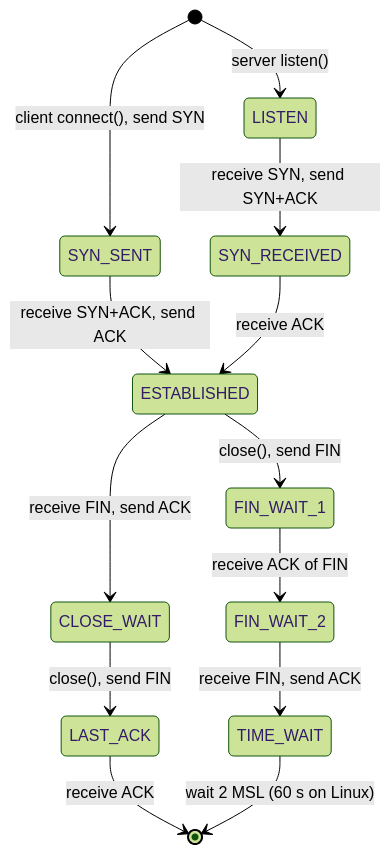
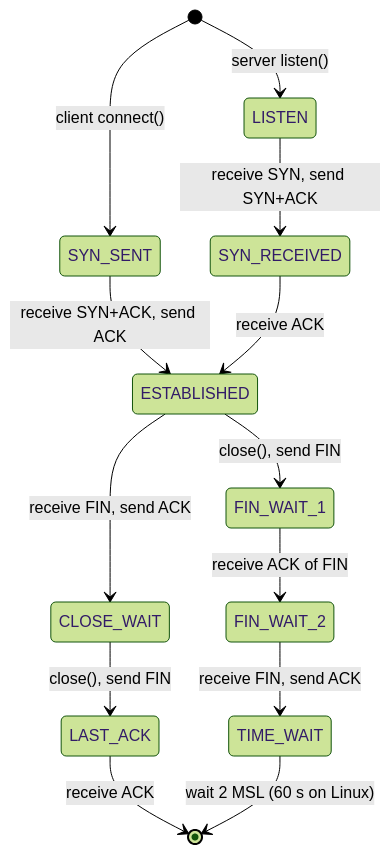
One commit to Princeahrwar/Study changed the second of 3 diagrams in 07_networking/03_tcp_udp_and_transport.md. Above: the diagram before and after it, drawn with Mermaid (forest theme). The commit also changed other lines of this file, not shown here.

````diff
--- a/07_networking/03_tcp_udp_and_transport.md
+++ b/07_networking/03_tcp_udp_and_transport.md
@@ -487,15 +129,15 @@
 ```mermaid
 stateDiagram-v2
   [*] --> LISTEN: server listen()
-  [*] --> SYN_SENT: client connect(), send SYN
+  [*] --> SYN_SENT: client connect()
   LISTEN --> SYN_RECEIVED: receive SYN, send SYN+ACK
   SYN_SENT --> ESTABLISHED: receive SYN+ACK, send ACK
   SYN_RECEIVED --> ESTABLISHED: receive ACK
   ESTABLISHED --> FIN_WAIT_1: close(), send FIN
   ESTABLISHED --> CLOSE_WAIT: receive FIN, send ACK
   FIN_WAIT_1 --> FIN_WAIT_2: receive ACK of FIN
   FIN_WAIT_2 --> TIME_WAIT: receive FIN, send ACK
   CLOSE_WAIT --> LAST_ACK: close(), send FIN
   LAST_ACK --> [*]: receive ACK
   TIME_WAIT --> [*]: wait 2 MSL (60 s on Linux)
 ```
````
